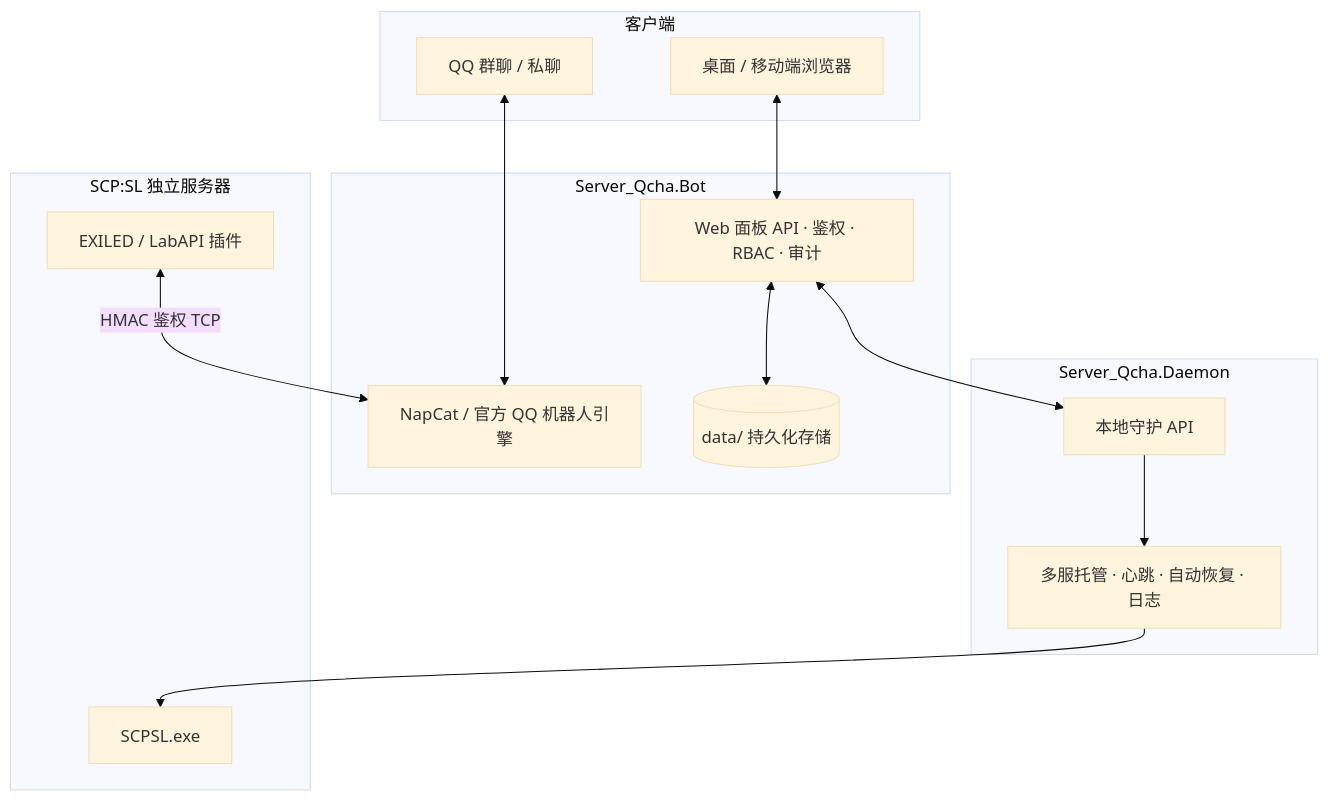
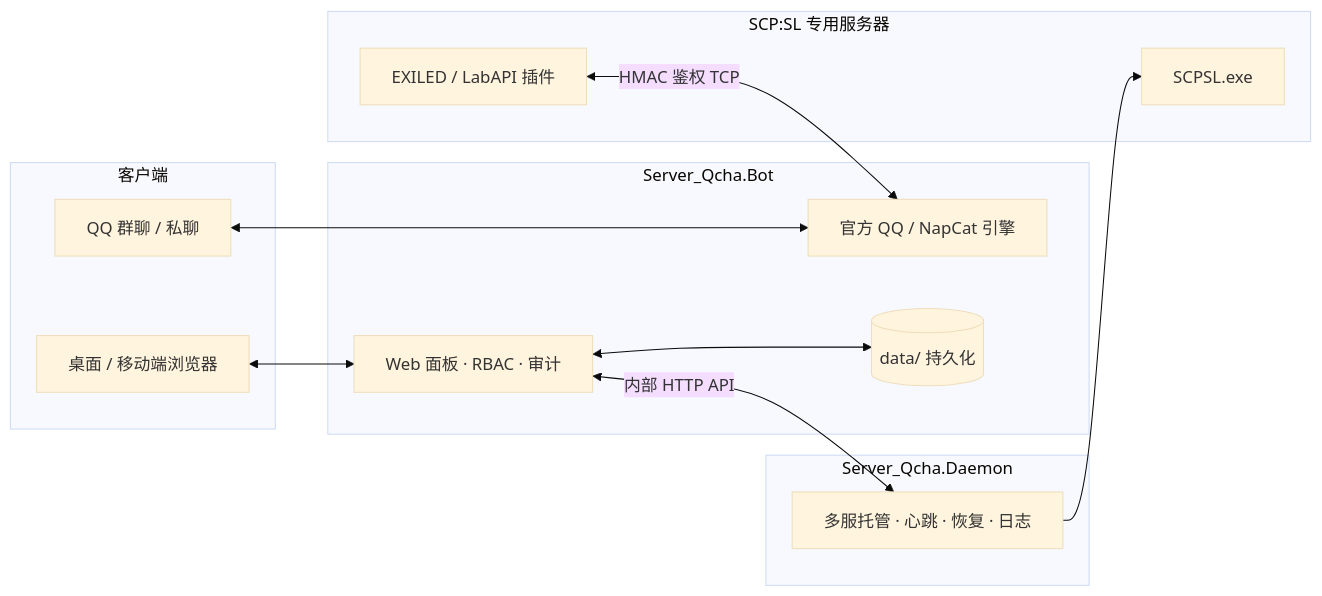
One commit to jikekei/Server_Qchat changed the diagram in README.md. Above: the diagram before and after it, drawn with Mermaid (base theme). The commit also changed other lines of this file, not shown here.

````diff
--- a/README.md
+++ b/README.md
@@ -84,27 +107,29 @@
 ```mermaid
-graph TD
+graph LR
   subgraph Clients["客户端"]
     Browser["桌面 / 移动端浏览器"]
     QQ["QQ 群聊 / 私聊"]
   end
+
   subgraph BotHost["Server_Qcha.Bot"]
-    Web["Web 面板 API · 鉴权 · RBAC · 审计"]
-    Bot["NapCat / 官方 QQ 机器人引擎"]
-    Data[("data/ 持久化存储")]
+    Web["Web 面板 · RBAC · 审计"]
+    Bot["官方 QQ / NapCat 引擎"]
+    Data[("data/ 持久化")]
   end
+
   subgraph Supervisor["Server_Qcha.Daemon"]
-    API["本地守护 API"]
-    Manager["多服托管 · 心跳 · 自动恢复 · 日志"]
+    Manager["多服托管 · 心跳 · 恢复 · 日志"]
   end
-  subgraph Servers["SCP:SL 独立服务器"]
+
+  subgraph Servers["SCP:SL 专用服务器"]
     Game["SCPSL.exe"]
     Plugin["EXILED / LabAPI 插件"]
   end
+
   Browser <--> Web
   Web <--> Data
   QQ <--> Bot
-  Web <--> API
-  API --> Manager
+  Web <-->|内部 HTTP API| Manager
   Manager --> Game
   Plugin <-->|HMAC 鉴权 TCP| Bot
 ```
````
